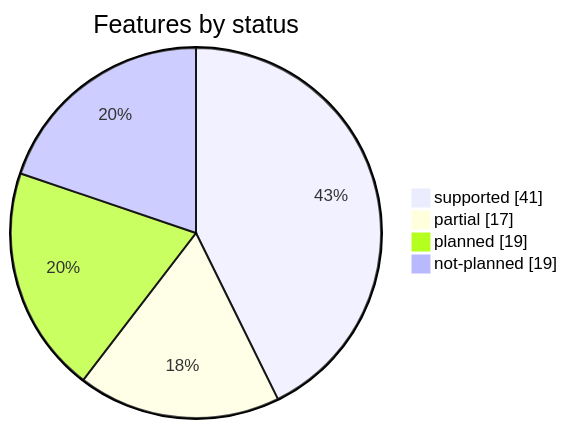
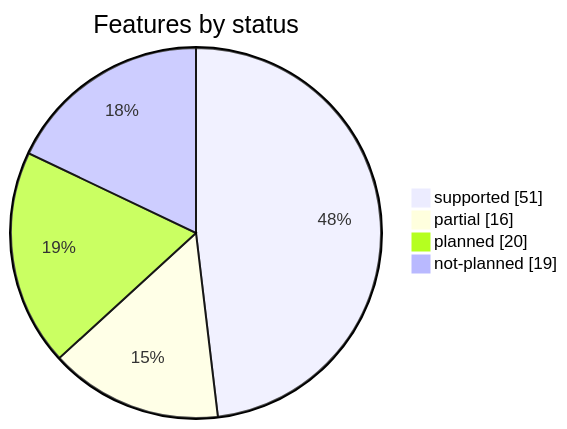
Before and after one commit to rafaelvieiras/tinyfin: the second of 2 diagrams in docs/COVERAGE.md, drawn with Mermaid. The commit also changed other lines of this file and 73 other files, not shown here.

````diff
--- a/docs/COVERAGE.md
+++ b/docs/COVERAGE.md
@@ -45,7 +45,7 @@
 ```mermaid
 pie showData title Features by status
-    "supported" : 41
-    "partial" : 17
-    "planned" : 19
+    "supported" : 51
+    "partial" : 16
+    "planned" : 20
     "not-planned" : 19
 ```
````
